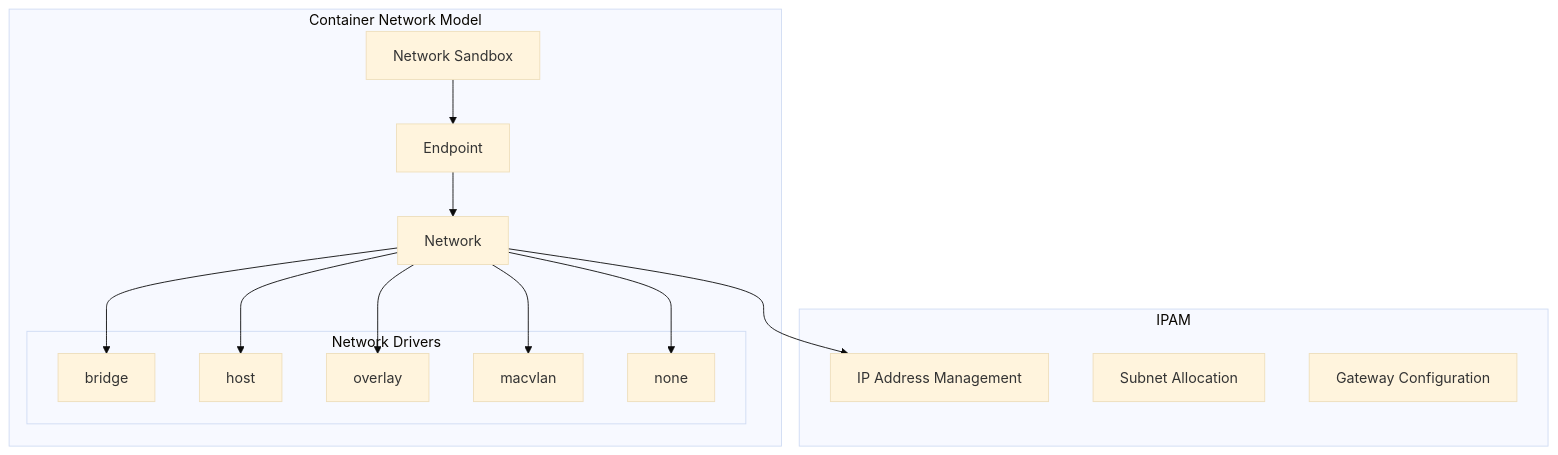
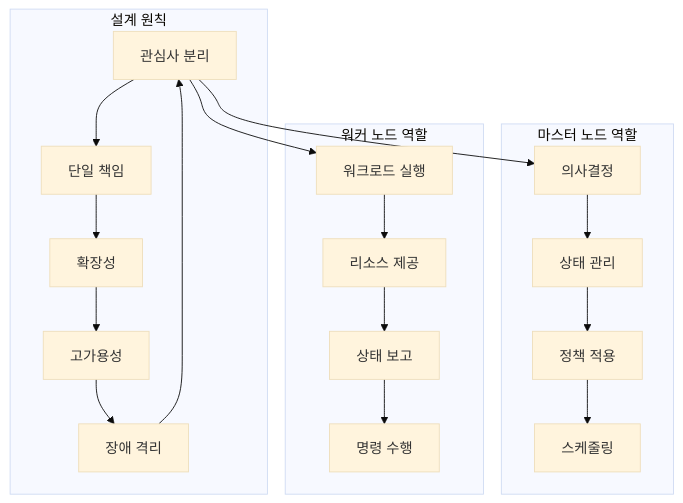
The second of 5 diagrams in week_02/day_01/session_03.md (niceguy61/kdt_devops_lecture_2025), drawn with Mermaid (base theme) before and after one commit. The commit also changed other lines of this file and 38 other files, not shown here.

````diff
--- a/week_02/day_01/session_03.md
+++ b/week_02/day_01/session_03.md
@@ -15,29 +76,25 @@
 ```mermaid
 graph TB
-    subgraph "Container Network Model"
-        A[Network Sandbox] --> B[Endpoint]
-        B --> C[Network]
-        
-        subgraph "Network Drivers"
-            D[bridge]
-            E[host]
-            F[overlay]
-            G[macvlan]
-            H[none]
-        end
-        
-        C --> D
-        C --> E
-        C --> F
-        C --> G
-        C --> H
+    subgraph "설계 원칙"
+        A[관심사 분리] --> B[단일 책임]
+        B --> C[확장성]
+        C --> D[고가용성]
+        D --> E[장애 격리]
+        E --> A
     end
     
-    subgraph "IPAM"
-        I[IP Address Management]
-        J[Subnet Allocation]
-        K[Gateway Configuration]
+    subgraph "마스터 노드 역할"
+        F[의사결정] --> G[상태 관리]
+        G --> H[정책 적용]
+        H --> I[스케줄링]
     end
     
-    C --> I
+    subgraph "워커 노드 역할"
+        J[워크로드 실행] --> K[리소스 제공]
+        K --> L[상태 보고]
+        L --> M[명령 수행]
+    end
+    
+    A --> F
+    A --> J
 ```
````
